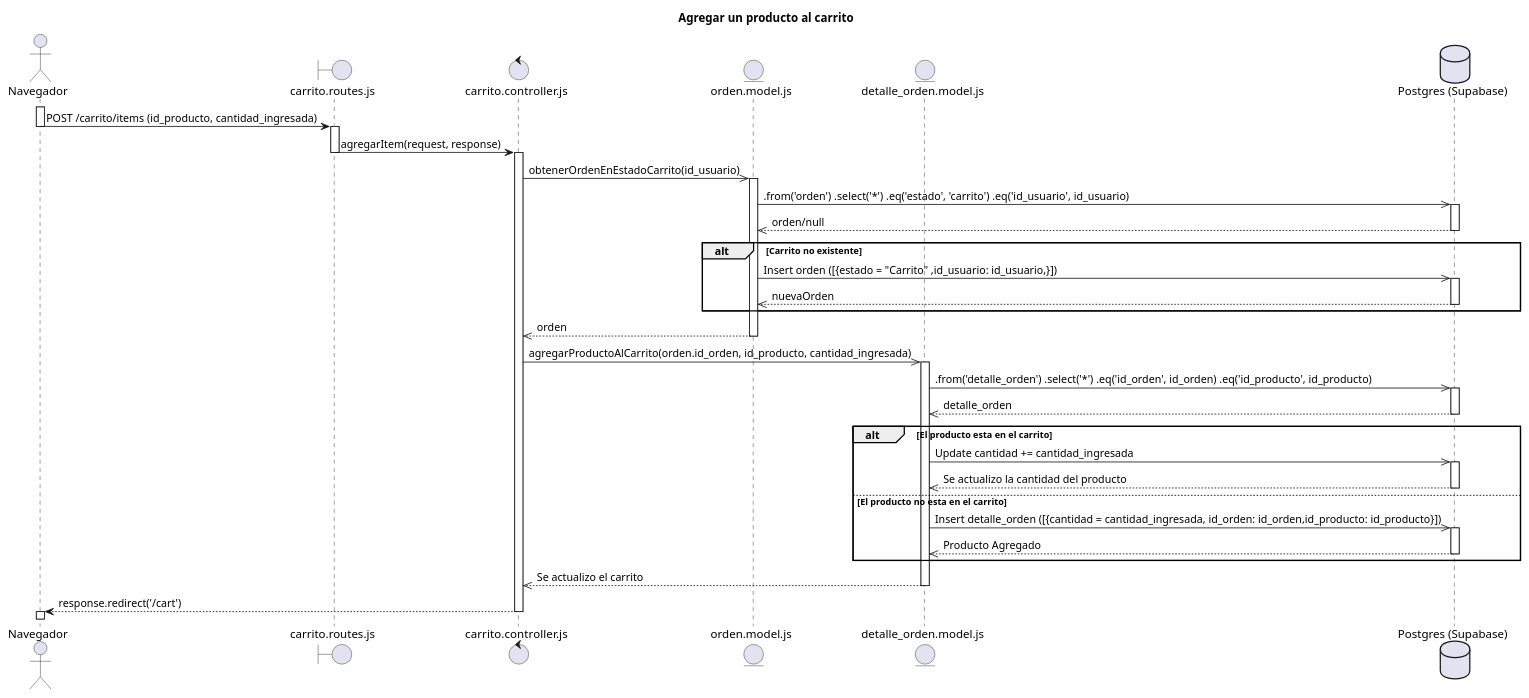
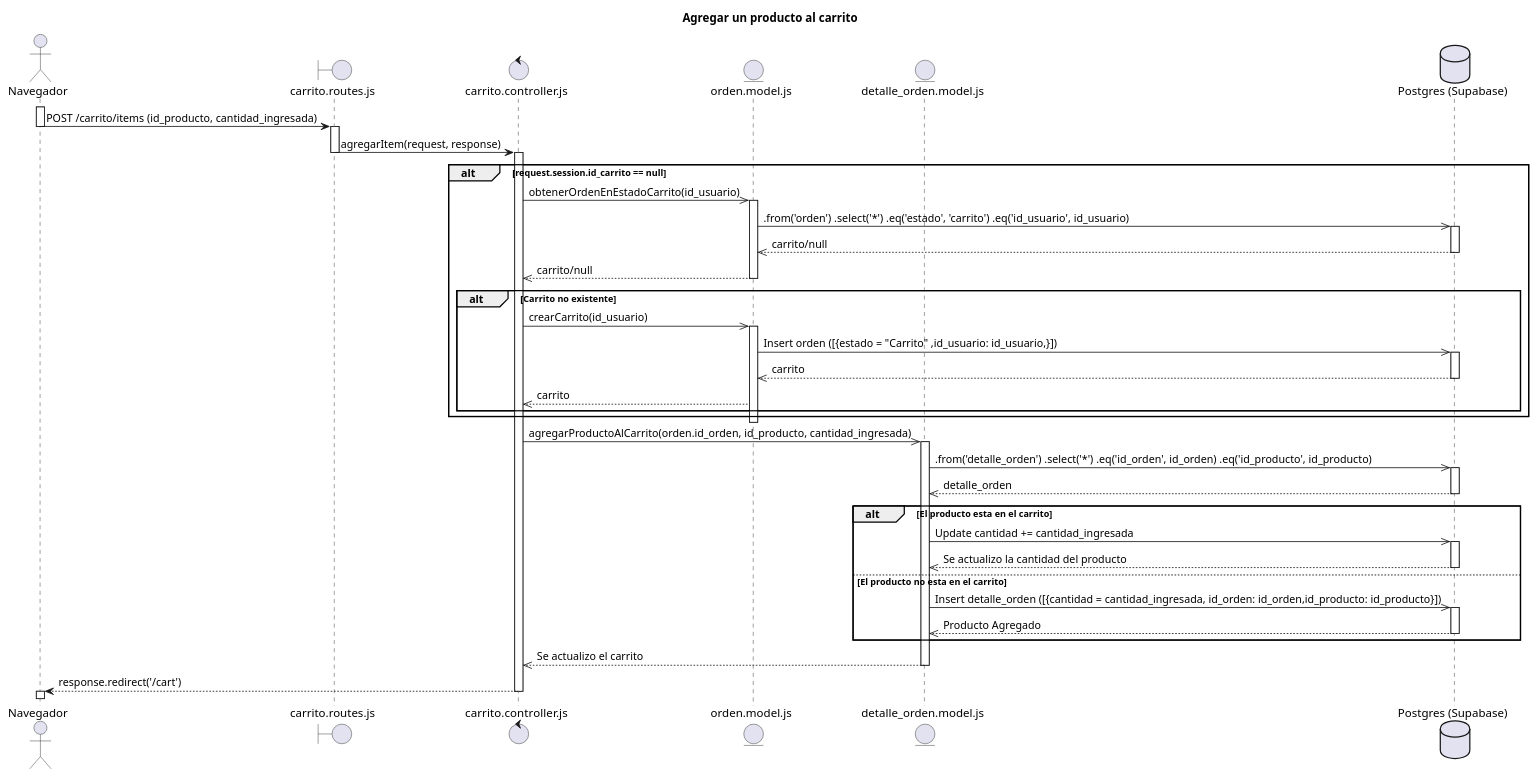
Before and after one commit to J24RM/Odysey_Lab: the diagram in Diagramas_Secuencia/Script/AgregarProductoAlCarrito.wsd, drawn with PlantUML.

Commit message:
Se actualizo el diagrama de secuencia

```diff
--- a/Diagramas_Secuencia/Script/AgregarProductoAlCarrito.wsd
+++ b/Diagramas_Secuencia/Script/AgregarProductoAlCarrito.wsd
@@ -1,64 +1,74 @@
 @startuml Agregar producto al carrito
 Title "Agregar un producto al carrito"
 actor Navegador as nav
 boundary "carrito.routes.js" as ruta
 control "carrito.controller.js" as ctrl
 entity "orden.model.js" as model
 entity "detalle_orden.model.js" as model2
 database "Postgres (Supabase)" as DB
 
 activate nav
 nav -> ruta: POST /carrito/items (id_producto, cantidad_ingresada)
 deactivate nav
 
 activate ruta
 ruta -> ctrl:  agregarItem(request, response)
 deactivate ruta
 
+alt request.session.id_carrito == null
+
 activate ctrl
 ctrl ->> model: obtenerOrdenEnEstadoCarrito(id_usuario)
 activate model
 
 
 model ->> DB: .from('orden') .select('*') .eq('estado', 'carrito') .eq('id_usuario', id_usuario)
 activate DB
-DB -->> model: orden/null
+DB -->> model: carrito/null
+deactivate DB
+model -->> ctrl: carrito/null
+deactivate model
+
+
+
+alt Carrito no existente
+    ctrl ->> model: crearCarrito(id_usuario)
+    activate model
+    model ->> DB: Insert orden ([{estado = "Carrito" ,id_usuario: id_usuario,}])
+activate DB
+DB -->> model : carrito
 deactivate DB
 
-alt Carrito no existente
-    model ->> DB: Insert orden ([{estado = "Carrito" ,id_usuario: id_usuario,}])
-activate DB
-DB -->> model : nuevaOrden
-deactivate DB
+model -->> ctrl: carrito
+
 end
-
-model -->> ctrl: orden
+end
 deactivate model
 ctrl ->> model2: agregarProductoAlCarrito(orden.id_orden, id_producto, cantidad_ingresada)
 activate model2
 model2 ->> DB: .from('detalle_orden') .select('*') .eq('id_orden', id_orden) .eq('id_producto', id_producto)
 activate DB
 DB -->> model2: detalle_orden
 deactivate DB
 
 alt El producto esta en el carrito
     model2 ->> DB: Update cantidad += cantidad_ingresada
     activate DB
     DB -->> model2: Se actualizo la cantidad del producto
     deactivate DB
 else El producto no esta en el carrito
     model2 ->> DB: Insert detalle_orden ([{cantidad = cantidad_ingresada, id_orden: id_orden,id_producto: id_producto}])
     activate DB
     DB -->> model2: Producto Agregado
     deactivate DB
 end
 
 model2 -->> ctrl: Se actualizo el carrito
 deactivate model2
 
 ctrl --> nav :response.redirect('/cart')
 deactivate ctrl
 
 activate nav
 
 @enduml
```
